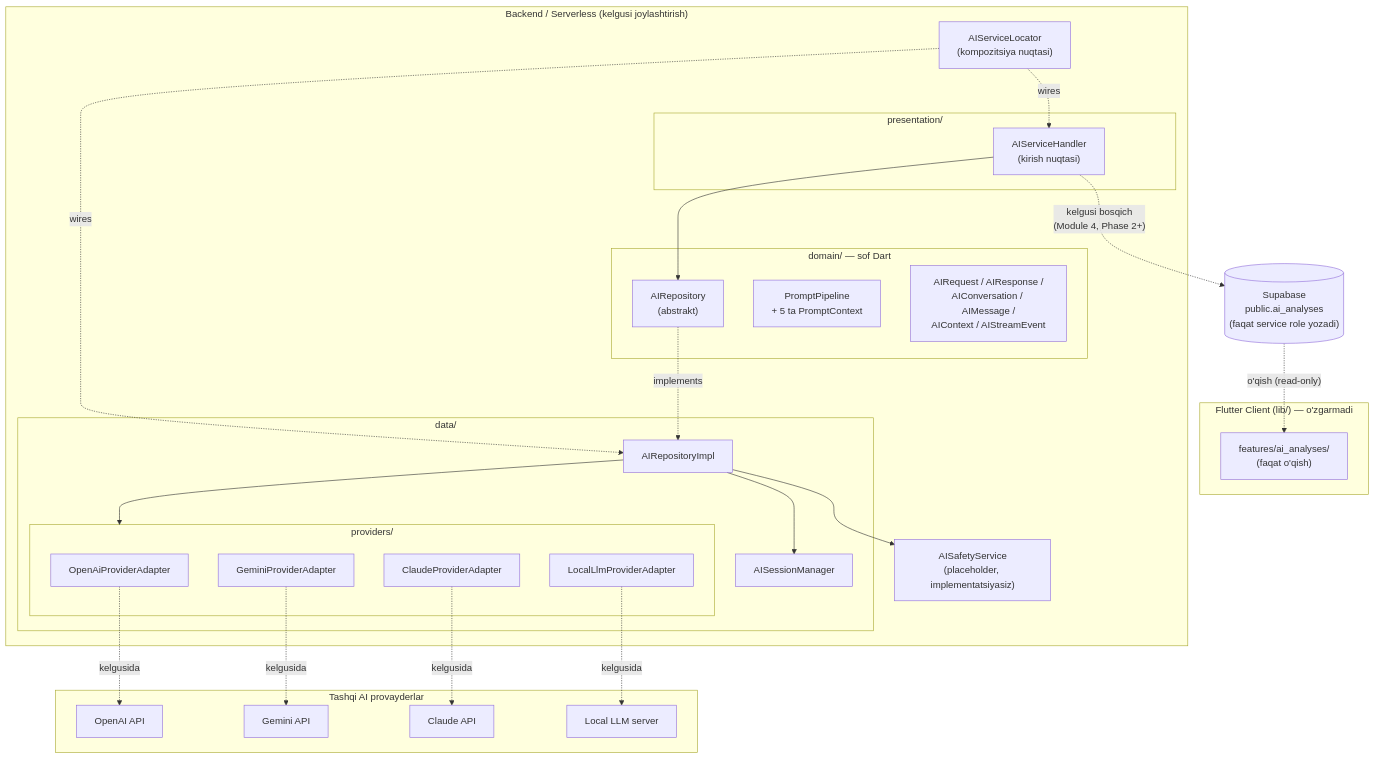
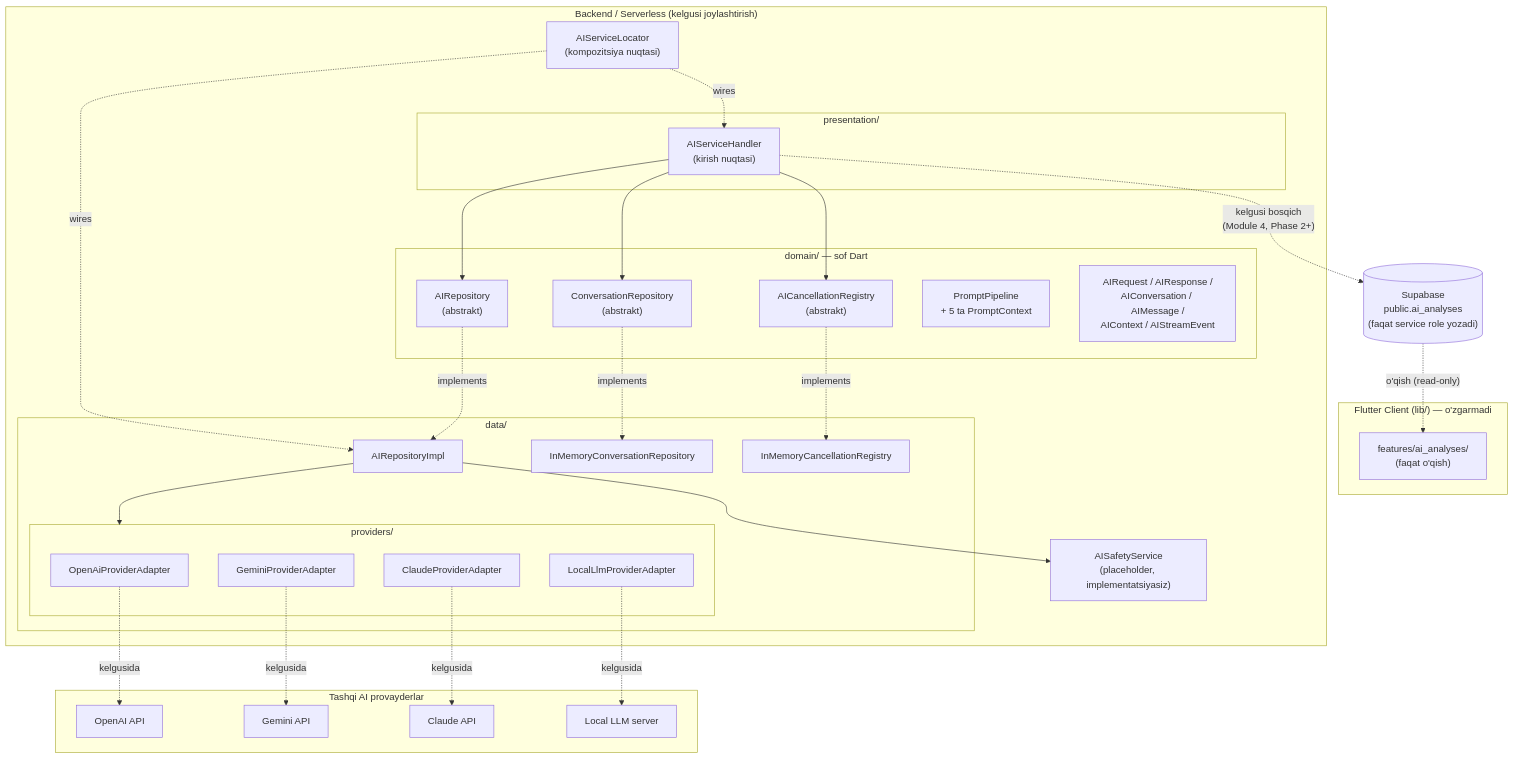
Before and after one commit to Mura0018/adolat-ai: the diagram in docs/AI_ARCHITECTURE.md, drawn with Mermaid. The commit also changed other lines of this file and 14 other files, not shown here.

````diff
--- a/docs/AI_ARCHITECTURE.md
+++ b/docs/AI_ARCHITECTURE.md
@@ -13,53 +15,59 @@
 ```mermaid
 flowchart TB
     subgraph Client["Flutter Client (lib/) — o'zgarmadi"]
         AIAnalysesFeature["features/ai_analyses/\n(faqat o'qish)"]
     end
 
     subgraph Backend["Backend / Serverless (kelgusi joylashtirish)"]
         subgraph Presentation["presentation/"]
             Handler["AIServiceHandler\n(kirish nuqtasi)"]
         end
         subgraph Domain["domain/ — sof Dart"]
             Repo["AIRepository\n(abstrakt)"]
+            ConvRepo["ConversationRepository\n(abstrakt)"]
+            CancelReg["AICancellationRegistry\n(abstrakt)"]
             Prompt["PromptPipeline\n+ 5 ta PromptContext"]
             Entities["AIRequest / AIResponse /\nAIConversation / AIMessage /\nAIContext / AIStreamEvent"]
         end
         subgraph Data["data/"]
             RepoImpl["AIRepositoryImpl"]
-            Session["AISessionManager"]
+            ConvRepoImpl["InMemoryConversationRepository"]
+            CancelRegImpl["InMemoryCancellationRegistry"]
             subgraph Providers["providers/"]
                 OpenAI["OpenAiProviderAdapter"]
                 Gemini["GeminiProviderAdapter"]
                 Claude["ClaudeProviderAdapter"]
                 Local["LocalLlmProviderAdapter"]
             end
         end
         Safety["AISafetyService\n(placeholder, implementatsiyasiz)"]
         DI["AIServiceLocator\n(kompozitsiya nuqtasi)"]
     end
 
     subgraph External["Tashqi AI provayderlar"]
         OpenAIAPI["OpenAI API"]
         GeminiAPI["Gemini API"]
         ClaudeAPI["Claude API"]
         LocalAPI["Local LLM server"]
     end
 
     DB[("Supabase\npublic.ai_analyses\n(faqat service role yozadi)")]
 
     Handler --> Repo
+    Handler --> ConvRepo
+    Handler --> CancelReg
     Repo -.implements.-> RepoImpl
+    ConvRepo -.implements.-> ConvRepoImpl
+    CancelReg -.implements.-> CancelRegImpl
     RepoImpl --> Safety
-    RepoImpl --> Session
     RepoImpl --> Providers
     OpenAI -.kelgusida.-> OpenAIAPI
     Gemini -.kelgusida.-> GeminiAPI
     Claude -.kelgusida.-> ClaudeAPI
     Local -.kelgusida.-> LocalAPI
     DI -.wires.-> Handler
     DI -.wires.-> RepoImpl
 
     Handler -."kelgusi bosqich\n(Module 4, Phase 2+)".-> DB
     DB -."o'qish (read-only)".-> AIAnalysesFeature
 ```
````
